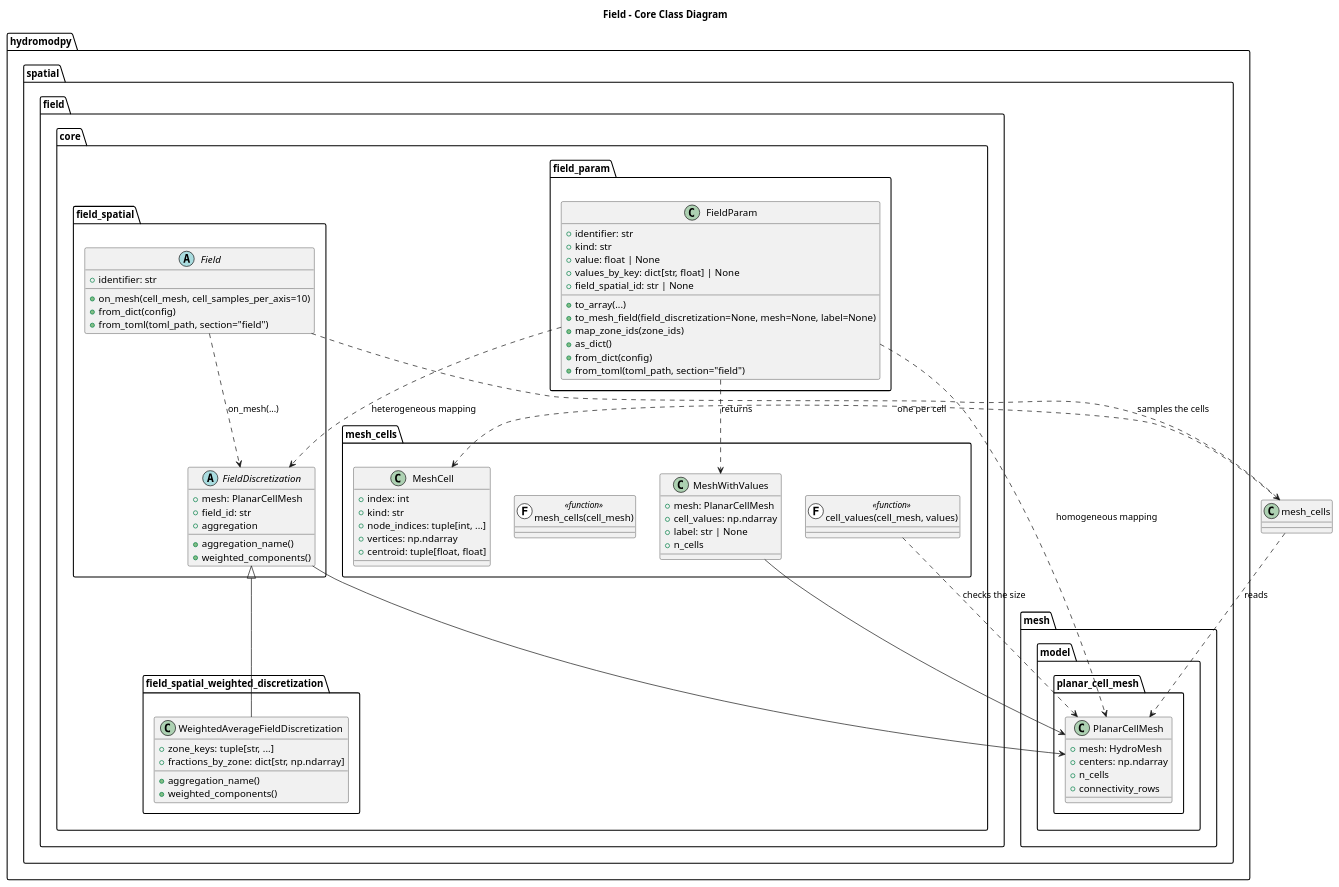
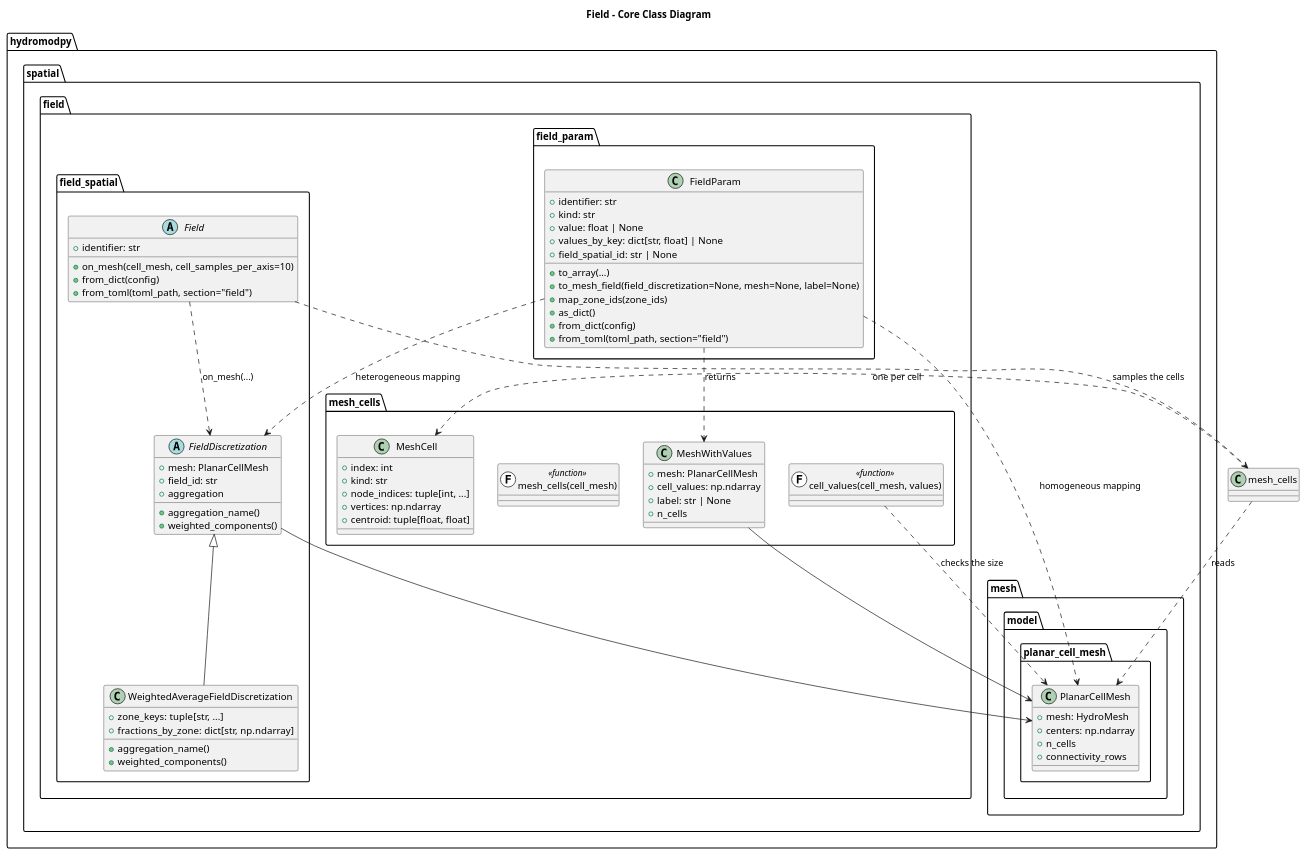
Before and after one commit to HydroModPy/HydroModPy: the diagram in docs/source/contribute/architecture/field/diagrams/field_classes.wsd, drawn with PlantUML. The commit also changed 366 other files, not shown here.

```diff
--- a/docs/source/contribute/architecture/field/diagrams/field_classes.wsd
+++ b/docs/source/contribute/architecture/field/diagrams/field_classes.wsd
@@ -1,90 +1,90 @@
 @startuml
 title Field - Core Class Diagram
 
 package "hydromodpy.spatial.mesh.model.planar_cell_mesh" {
   class PlanarCellMesh {
     +mesh: HydroMesh
     +centers: np.ndarray
     +n_cells
     +connectivity_rows
   }
 }
 
-package "hydromodpy.spatial.field.core.mesh_cells" {
+package "hydromodpy.spatial.field.mesh_cells" {
   class MeshCell {
     +index: int
     +kind: str
     +node_indices: tuple[int, ...]
     +vertices: np.ndarray
     +centroid: tuple[float, float]
   }
 
   class MeshWithValues {
     +mesh: PlanarCellMesh
     +cell_values: np.ndarray
     +label: str | None
     +n_cells
   }
 
   class "mesh_cells(cell_mesh)" as mesh_cells << (F,#FFFFFF) function >>
   class "cell_values(cell_mesh, values)" as cell_values << (F,#FFFFFF) function >>
 }
 
-package "hydromodpy.spatial.field.core.field_spatial" {
+package "hydromodpy.spatial.field.field_spatial" {
   abstract class Field {
     +identifier: str
     +on_mesh(cell_mesh, cell_samples_per_axis=10)
     +from_dict(config)
     +from_toml(toml_path, section="field")
   }
 
   abstract class FieldDiscretization {
     +mesh: PlanarCellMesh
     +field_id: str
     +aggregation_name()
     +aggregation
     +weighted_components()
   }
 }
 
-package "hydromodpy.spatial.field.core.field_spatial_weighted_discretization" {
+package "hydromodpy.spatial.field.field_spatial" {
   class WeightedAverageFieldDiscretization {
     +zone_keys: tuple[str, ...]
     +fractions_by_zone: dict[str, np.ndarray]
     +aggregation_name()
     +weighted_components()
   }
 }
 
-package "hydromodpy.spatial.field.core.field_param" {
+package "hydromodpy.spatial.field.field_param" {
   class FieldParam {
     +identifier: str
     +kind: str
     +value: float | None
     +values_by_key: dict[str, float] | None
     +field_spatial_id: str | None
     +to_array(...)
     +to_mesh_field(field_discretization=None, mesh=None, label=None)
     +map_zone_ids(zone_ids)
     +as_dict()
     +from_dict(config)
     +from_toml(toml_path, section="field")
   }
 }
 
 mesh_cells ..> PlanarCellMesh : reads
 mesh_cells ..> MeshCell : one per cell
 cell_values ..> PlanarCellMesh : checks the size
 MeshWithValues --> PlanarCellMesh
 
 FieldDiscretization --> PlanarCellMesh
 FieldDiscretization <|-- WeightedAverageFieldDiscretization
 
 Field ..> mesh_cells : samples the cells
 Field ..> FieldDiscretization : on_mesh(...)
 
 FieldParam ..> PlanarCellMesh : homogeneous mapping
 FieldParam ..> FieldDiscretization : heterogeneous mapping
 FieldParam ..> MeshWithValues : returns
 
 @enduml
```
